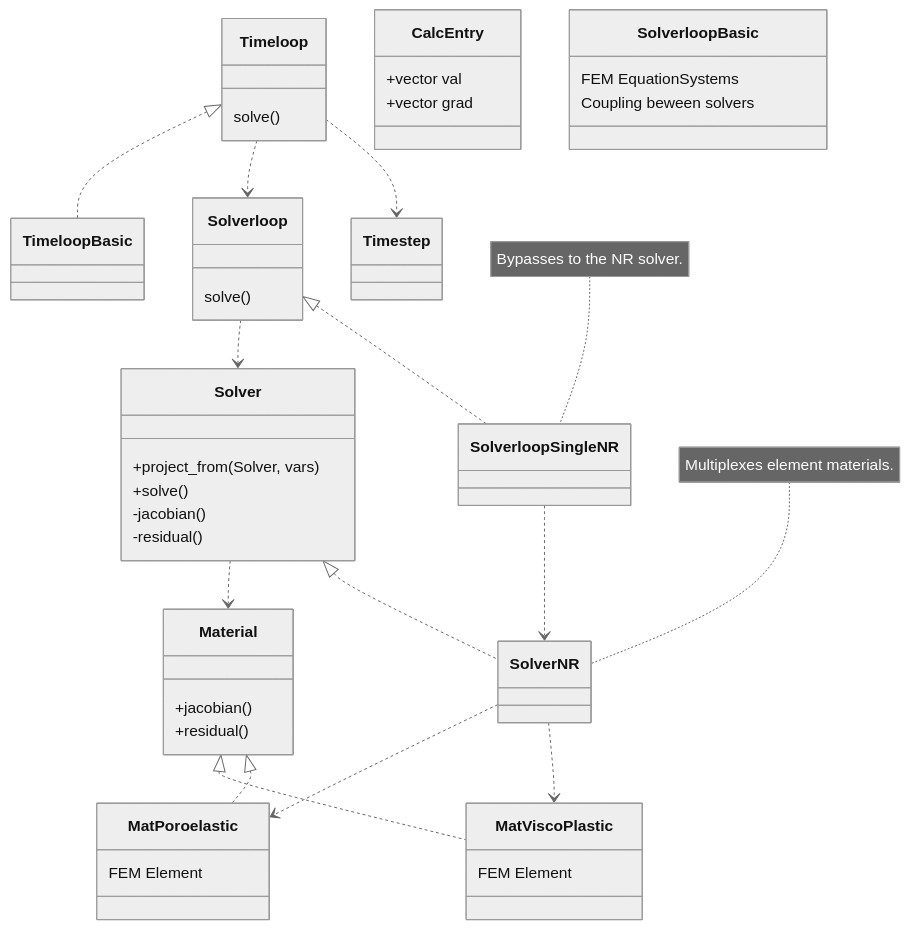
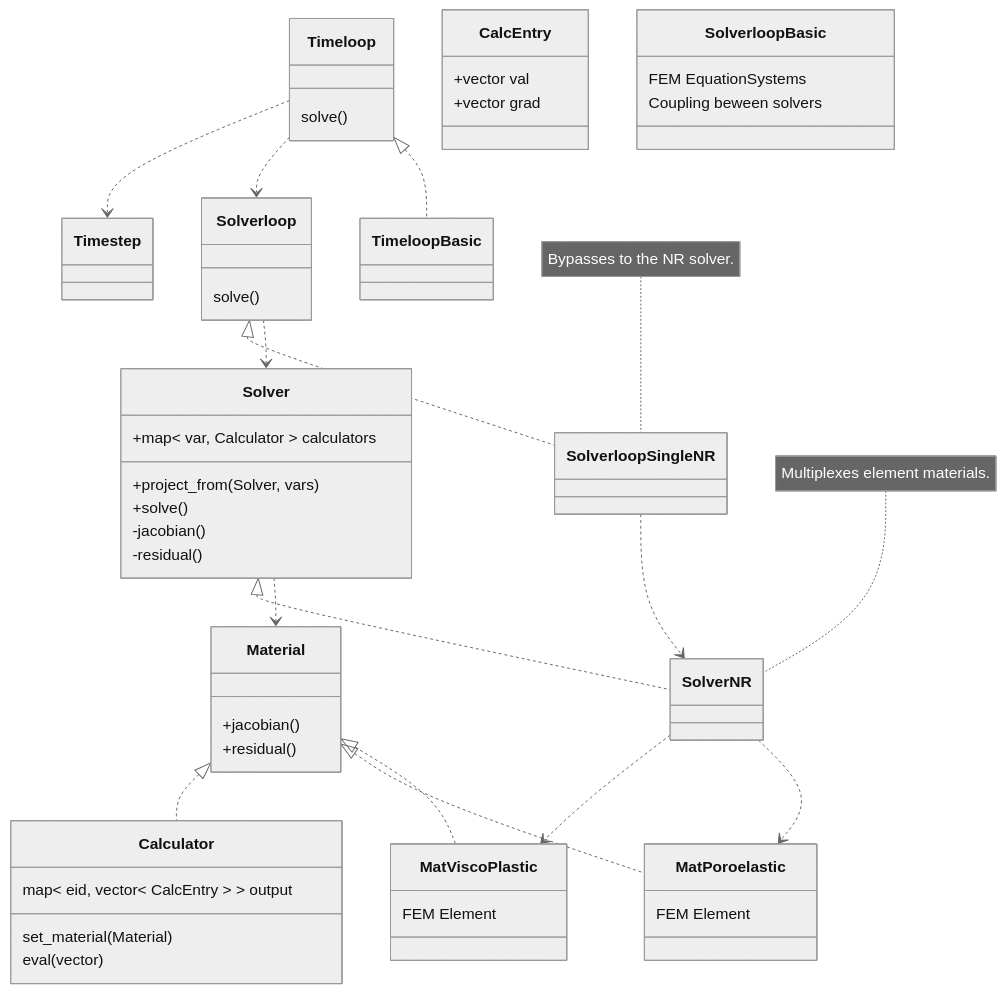
One commit to rebpoli/harpy changed the diagram in include/README.md. Above: the diagram before and after it, drawn with Mermaid (neutral theme). The commit also changed other lines of this file, not shown here.

````diff
--- a/include/README.md
+++ b/include/README.md
@@ -15,74 +15,81 @@
 ```mermaid
 classDiagram
 %% Interfaces
     class Timeloop { 
         solve()
     }
 
     class Solverloop {
         solve()
     }
 
     class Solver {
+        +map< var, Calculator > calculators
         +project_from(Solver, vars)
         +solve()
         -jacobian()
         -residual()
     }
 
 
     class Material {
         +jacobian()
         +residual()
     }
 
     class CalcEntry {
         +vector<dbl> val
         +vector<Point> grad
     }
+    class Calculator {
+        map< eid, vector< CalcEntry > > output
+        set_material( Material )
+        eval( vector<Point> )
+    }
+    Material <|.. Calculator
 
 %% Helper
     class Timestep { }
 
 %% Implementations
     class SolverloopBasic {
         FEM EquationSystems
         Coupling beween solvers
     }
 
     class MatViscoPlastic { FEM Element }
 
     class MatPoroelastic { FEM Element }
 
 %% Dependencies
     Timeloop ..> Timestep
     Timeloop ..> Solverloop
 
     note for SolverloopSingleNR "Bypasses to the NR solver."
     SolverloopSingleNR ..> SolverNR
 
 %% Interfaces << implementations
     Timeloop <|.. TimeloopBasic
     Material <|.. MatPoroelastic
     Material <|.. MatViscoPlastic
     Solverloop <|.. SolverloopSingleNR
     Solver <|.. SolverNR
     note for SolverNR "Multiplexes element materials."
 
     Solverloop ..> Solver
     Solver..> Material
 
     SolverNR ..> MatViscoPlastic
     SolverNR ..> MatPoroelastic
 
 %%
 %% classA <|-- classB    // Inheritance (B inherits from A)
 %% classA <|.. classB    // Implementation (B implements A)
 %% classA *-- classB     // Composition (B is part of A)
 %% classA o-- classB     // Aggregation (B is used by A)
 %% classA --> classB     // Association (A references B)
 %% classA ..> classB     // Dependency (A depends on B)
 %% classA ..|> classB    // Realization (B realizes A)
 %% classA <--> classB    // Bidirectional association
 
 ```
````
